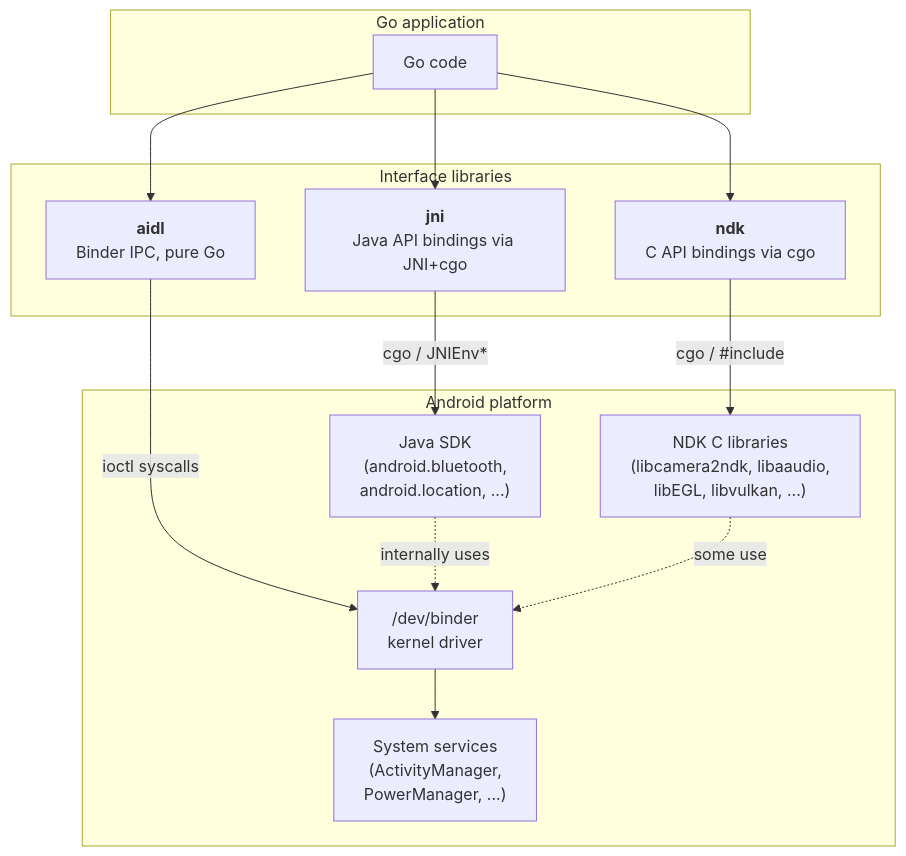
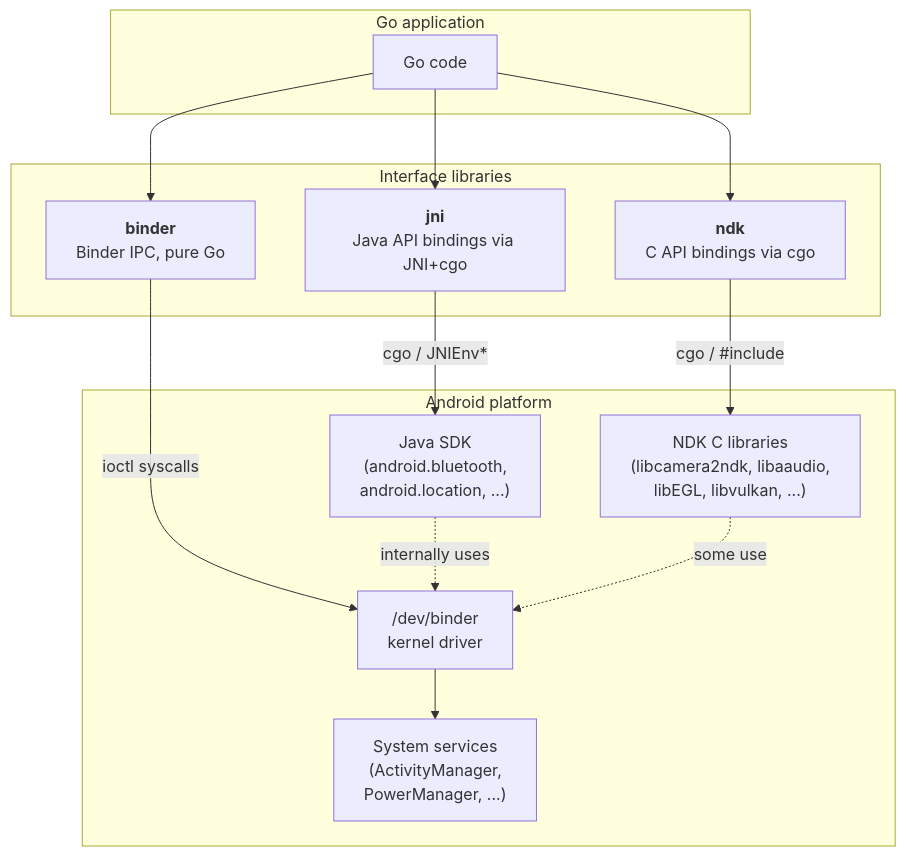
Before and after one commit to xaionaro-go/ndk: the first of 4 diagrams in README.md, drawn with Mermaid. The commit also changed other lines of this file, not shown here.

Commit message:
docs: rename aidl references to binder in README

````diff
--- a/README.md
+++ b/README.md
@@ -14,30 +14,30 @@
 ```mermaid
 graph TD
     subgraph "Go application"
         GO["Go code"]
     end
 
     subgraph "Interface libraries"
         NDK["<b>ndk</b><br/>C API bindings via cgo"]
         JNI["<b>jni</b><br/>Java API bindings via JNI+cgo"]
-        AIDL["<b>aidl</b><br/>Binder IPC, pure Go"]
+        AIDL["<b>binder</b><br/>Binder IPC, pure Go"]
     end
 
     subgraph "Android platform"
         CAPI["NDK C libraries<br/>(libcamera2ndk, libaaudio,<br/>libEGL, libvulkan, ...)"]
         JAVA["Java SDK<br/>(android.bluetooth,<br/>android.location, ...)"]
         BINDER["/dev/binder<br/>kernel driver"]
         SYSSVCS["System services<br/>(ActivityManager,<br/>PowerManager, ...)"]
     end
 
     GO --> NDK
     GO --> JNI
     GO --> AIDL
 
     NDK -- "cgo / #include" --> CAPI
     JNI -- "cgo / JNIEnv*" --> JAVA
     AIDL -- "ioctl syscalls" --> BINDER
     BINDER --> SYSSVCS
     JAVA -. "internally uses" .-> BINDER
     CAPI -. "some use" .-> BINDER
 ```
````
